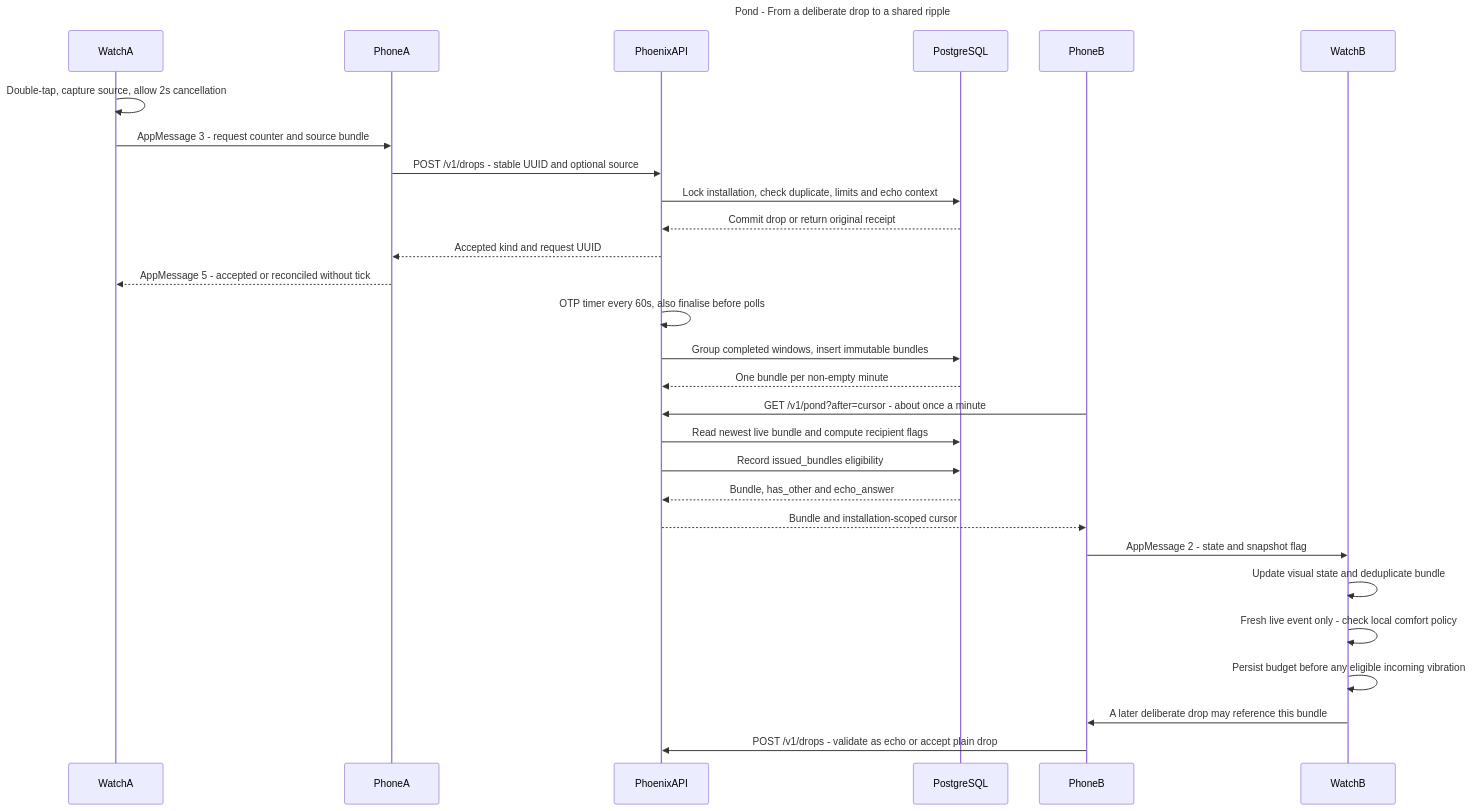
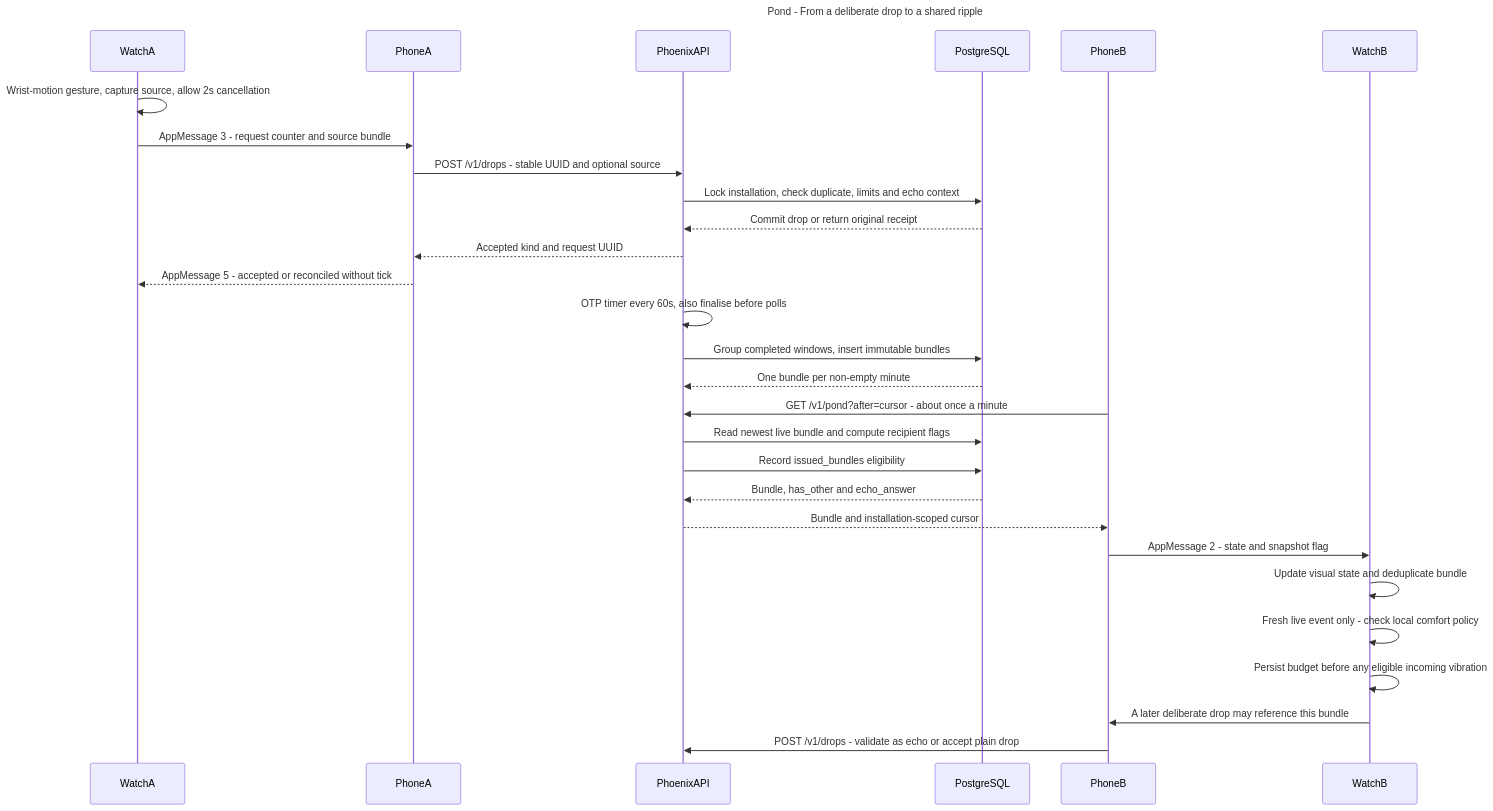
The first of 2 diagrams in docs/ARCHITECTURE.md (monocursive/pond), drawn with Mermaid before and after one commit. The commit also changed 16 other files, not shown here.

Commit message:
fix: allow direct haptic feedback and clarify wrist gesture

````diff
--- a/docs/ARCHITECTURE.md
+++ b/docs/ARCHITECTURE.md
@@ -22,31 +22,31 @@
 ```mermaid
 sequenceDiagram
     title Pond - From a deliberate drop to a shared ripple
     participant WatchA
     participant PhoneA
     participant PhoenixAPI
     participant PostgreSQL
     participant PhoneB
     participant WatchB
-    WatchA->>WatchA: Double-tap, capture source, allow 2s cancellation
+    WatchA->>WatchA: Wrist-motion gesture, capture source, allow 2s cancellation
     WatchA->>PhoneA: AppMessage 3 - request counter and source bundle
     PhoneA->>PhoenixAPI: POST /v1/drops - stable UUID and optional source
     PhoenixAPI->>PostgreSQL: Lock installation, check duplicate, limits and echo context
     PostgreSQL-->>PhoenixAPI: Commit drop or return original receipt
     PhoenixAPI-->>PhoneA: Accepted kind and request UUID
     PhoneA-->>WatchA: AppMessage 5 - accepted or reconciled without tick
     PhoenixAPI->>PhoenixAPI: OTP timer every 60s, also finalise before polls
     PhoenixAPI->>PostgreSQL: Group completed windows, insert immutable bundles
     PostgreSQL-->>PhoenixAPI: One bundle per non-empty minute
     PhoneB->>PhoenixAPI: GET /v1/pond?after=cursor - about once a minute
     PhoenixAPI->>PostgreSQL: Read newest live bundle and compute recipient flags
     PhoenixAPI->>PostgreSQL: Record issued_bundles eligibility
     PostgreSQL-->>PhoenixAPI: Bundle, has_other and echo_answer
     PhoenixAPI-->>PhoneB: Bundle and installation-scoped cursor
     PhoneB->>WatchB: AppMessage 2 - state and snapshot flag
     WatchB->>WatchB: Update visual state and deduplicate bundle
     WatchB->>WatchB: Fresh live event only - check local comfort policy
     WatchB->>WatchB: Persist budget before any eligible incoming vibration
     WatchB->>PhoneB: A later deliberate drop may reference this bundle
     PhoneB->>PhoenixAPI: POST /v1/drops - validate as echo or accept plain drop
 ```
````
